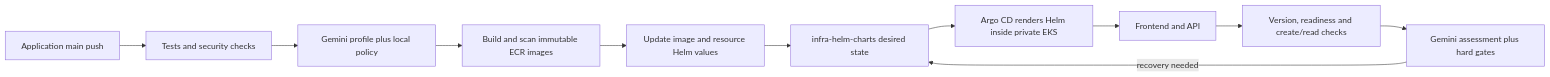
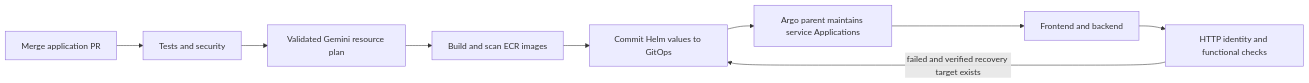
Before and after one commit to surendarrajasekaran/om-idea-board: the diagram in README.md, drawn with Mermaid. The commit also changed other lines of this file and 95 other files, not shown here.

````diff
--- a/README.md
+++ b/README.md
@@ -9,13 +41,11 @@
 ```mermaid
 flowchart LR
-  Source[Application main push] --> CI[Tests and security checks]
-  CI --> AI[Gemini profile plus local policy]
-  AI --> ECR[Build and scan immutable ECR images]
-  ECR --> Render[Update image and resource Helm values]
-  Render --> Git[infra-helm-charts desired state]
-  Git --> Argo[Argo CD renders Helm inside private EKS]
-  Argo --> App[Frontend and API]
-  App --> Health[Version, readiness and create/read checks]
-  Health --> Decision[Gemini assessment plus hard gates]
-  Decision -->|recovery needed| Git
+  Change[Merge application PR] --> CI[Tests and security]
+  CI --> AI[Validated Gemini resource plan]
+  AI --> Images[Build and scan ECR images]
+  Images --> Values[Commit Helm values to GitOps]
+  Values --> Parent[Argo parent maintains service Applications]
+  Parent --> Services[Frontend and backend]
+  Services --> Health[HTTP identity and functional checks]
+  Health -->|failed and verified recovery target exists| Values
 ```
````
